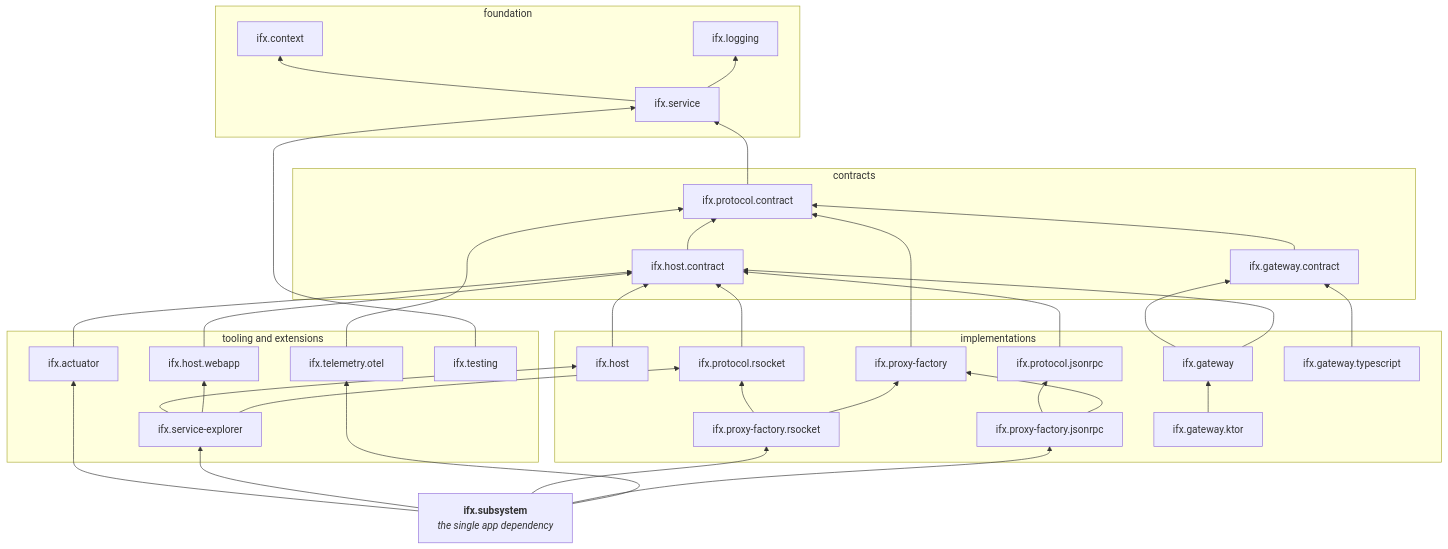
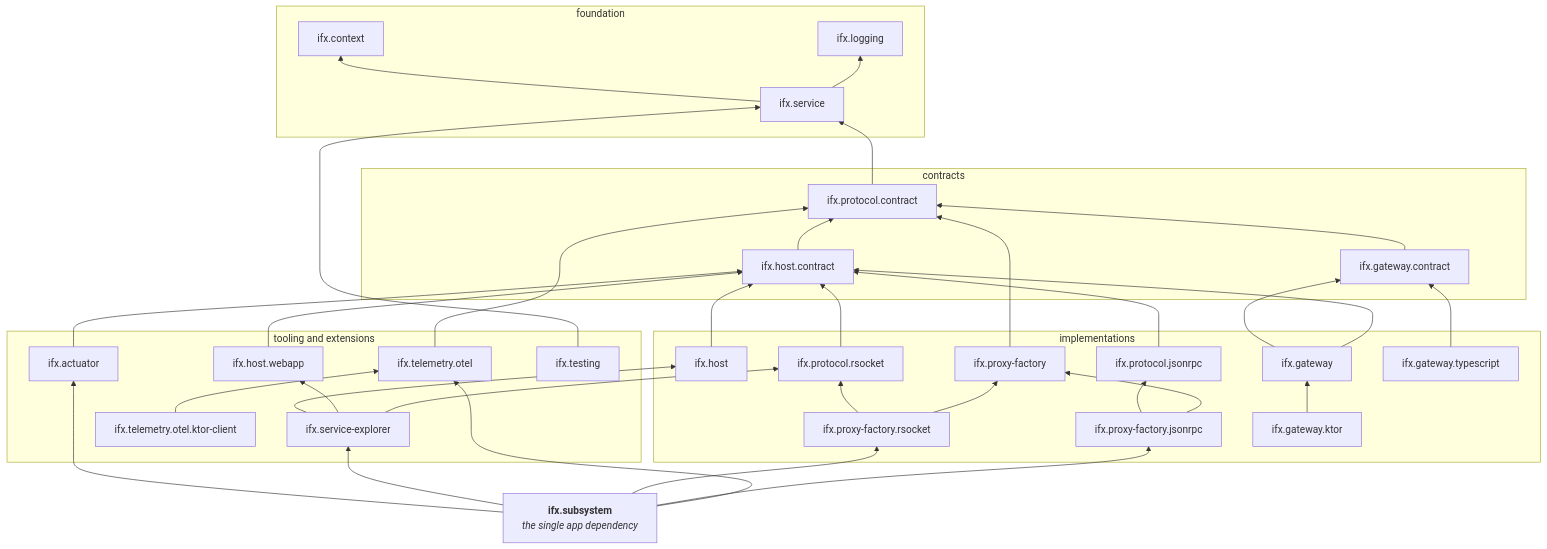
The second of 10 diagrams in docs/diagrams.md (carbide-ifx/carbide), drawn with Mermaid before and after one commit. The commit also changed other lines of this file and 19 other files, not shown here.

````diff
--- a/docs/diagrams.md
+++ b/docs/diagrams.md
@@ -61,66 +61,68 @@
 ```mermaid
 flowchart BT
     subgraph base["foundation"]
         ifx_context["ifx.context"]
         ifx_logging["ifx.logging"]
         ifx_service["ifx.service"]
     end
 
     subgraph contracts["contracts"]
         ifx_protocol_contract["ifx.protocol.contract"]
         ifx_host_contract["ifx.host.contract"]
         ifx_gateway_contract["ifx.gateway.contract"]
     end
 
     subgraph impl["implementations"]
         ifx_host["ifx.host"]
         ifx_proxy_factory["ifx.proxy-factory"]
         ifx_gateway["ifx.gateway"]
         ifx_protocol_rsocket["ifx.protocol.rsocket"]
         ifx_protocol_jsonrpc["ifx.protocol.jsonrpc"]
         ifx_proxy_factory_rsocket["ifx.proxy-factory.rsocket"]
         ifx_proxy_factory_jsonrpc["ifx.proxy-factory.jsonrpc"]
         ifx_gateway_ktor["ifx.gateway.ktor"]
         ifx_gateway_typescript["ifx.gateway.typescript"]
     end
 
     subgraph tooling["tooling and extensions"]
         ifx_actuator["ifx.actuator"]
         ifx_host_webapp["ifx.host.webapp"]
         ifx_service_explorer["ifx.service-explorer"]
         ifx_telemetry_otel["ifx.telemetry.otel"]
+        ifx_telemetry_otel_ktor_client["ifx.telemetry.otel.ktor-client"]
         ifx_testing["ifx.testing"]
     end
 
     ifx_subsystem["<b>ifx.subsystem</b><br/><i>the single app dependency</i>"]
 
     ifx_service --> ifx_context
     ifx_service --> ifx_logging
     ifx_protocol_contract --> ifx_service
     ifx_host_contract --> ifx_protocol_contract
     ifx_proxy_factory --> ifx_protocol_contract
     ifx_gateway_contract --> ifx_protocol_contract
     ifx_host --> ifx_host_contract
     ifx_gateway --> ifx_gateway_contract
     ifx_gateway --> ifx_host_contract
     ifx_protocol_rsocket --> ifx_host_contract
     ifx_protocol_jsonrpc --> ifx_host_contract
     ifx_proxy_factory_rsocket --> ifx_protocol_rsocket
     ifx_proxy_factory_rsocket --> ifx_proxy_factory
     ifx_proxy_factory_jsonrpc --> ifx_protocol_jsonrpc
     ifx_proxy_factory_jsonrpc --> ifx_proxy_factory
     ifx_gateway_ktor --> ifx_gateway
     ifx_gateway_typescript --> ifx_gateway_contract
     ifx_actuator --> ifx_host_contract
     ifx_host_webapp --> ifx_host_contract
     ifx_service_explorer --> ifx_host
     ifx_service_explorer --> ifx_host_webapp
     ifx_service_explorer --> ifx_protocol_rsocket
     ifx_telemetry_otel --> ifx_protocol_contract
+    ifx_telemetry_otel_ktor_client --> ifx_telemetry_otel
     ifx_testing --> ifx_service
     ifx_subsystem --> ifx_actuator
     ifx_subsystem --> ifx_service_explorer
     ifx_subsystem --> ifx_proxy_factory_rsocket
     ifx_subsystem --> ifx_proxy_factory_jsonrpc
     ifx_subsystem --> ifx_telemetry_otel
 ```
````
